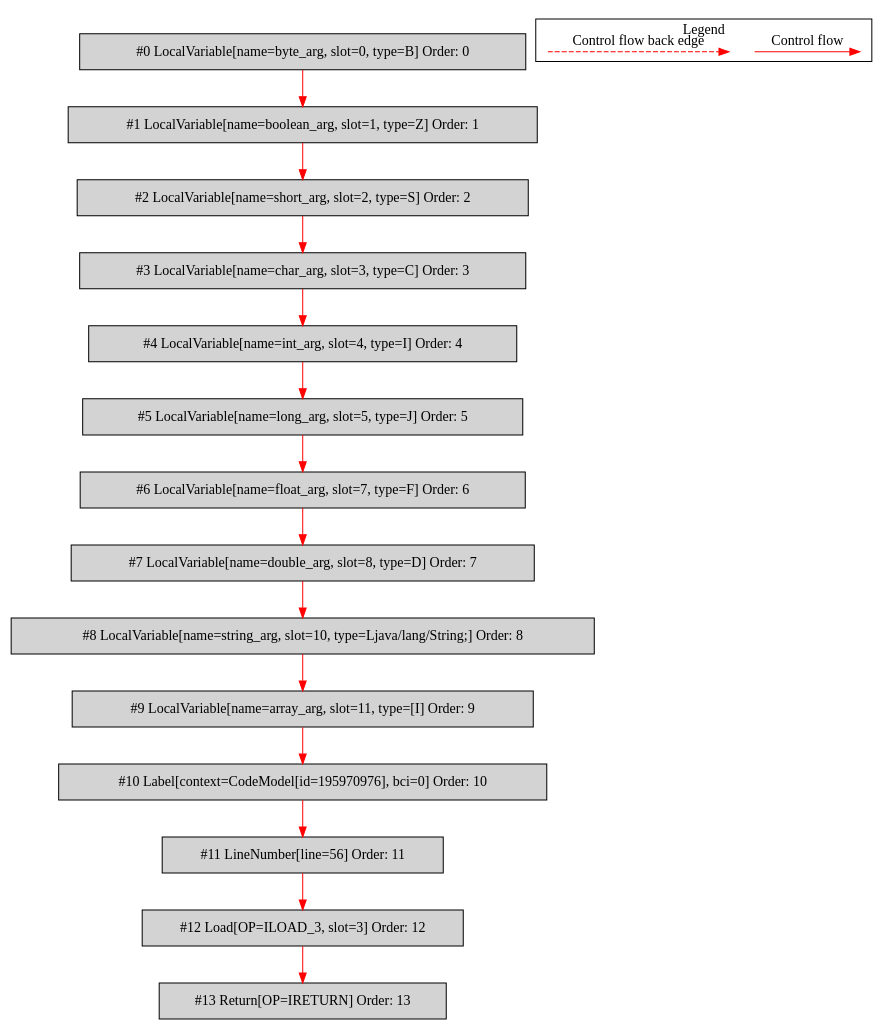
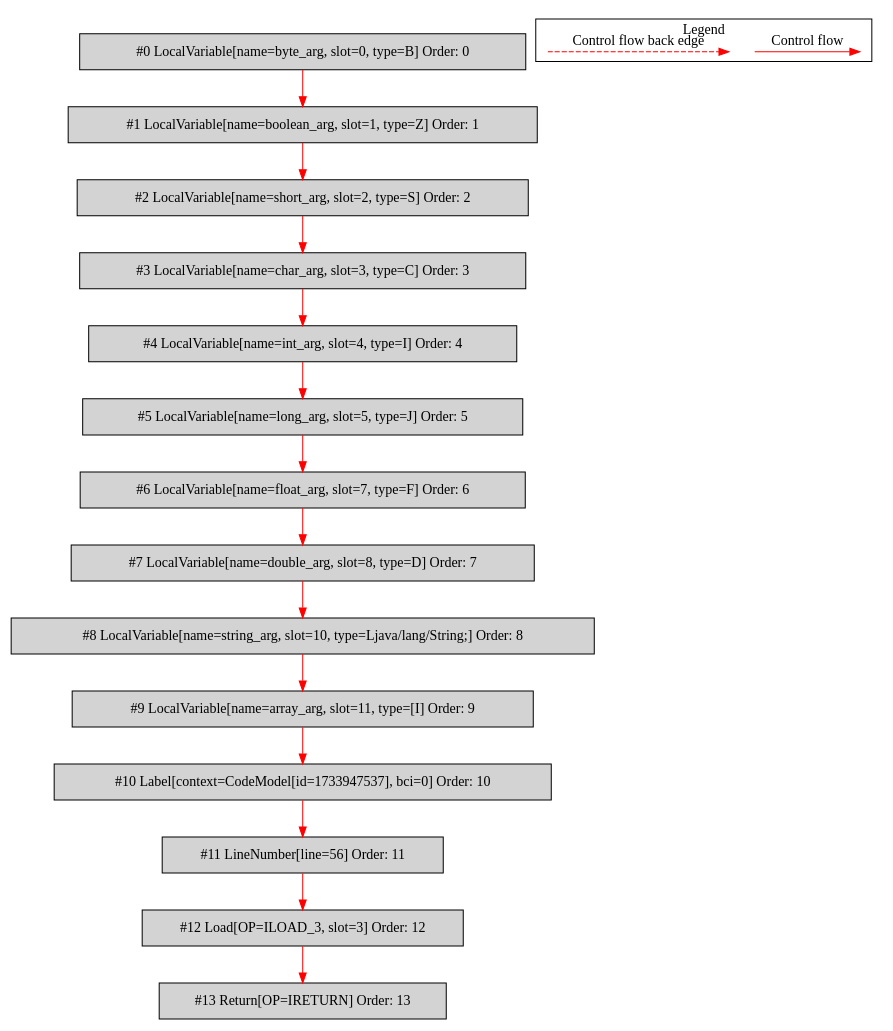
The diagram in de.mirkosertic.metair.ir.examples.MethodInvokeTest/simple_method_return_char/bytecodecfg.dot (mirkosertic/MetaIR), drawn with Graphviz before and after one commit. The commit also changed 462 other files, not shown here.

```diff
--- a/de.mirkosertic.metair.ir.examples.MethodInvokeTest/simple_method_return_char/bytecodecfg.dot
+++ b/de.mirkosertic.metair.ir.examples.MethodInvokeTest/simple_method_return_char/bytecodecfg.dot
@@ -1,44 +1,44 @@
 digraph {
  ordering="in";
  node0[label="#0 LocalVariable[name=byte_arg, slot=0, type=B] Order: 0", shape=box, fillcolor=lightgrey, style=filled];
  node1[label="#1 LocalVariable[name=boolean_arg, slot=1, type=Z] Order: 1", shape=box, fillcolor=lightgrey, style=filled];
  node2[label="#2 LocalVariable[name=short_arg, slot=2, type=S] Order: 2", shape=box, fillcolor=lightgrey, style=filled];
  node3[label="#3 LocalVariable[name=char_arg, slot=3, type=C] Order: 3", shape=box, fillcolor=lightgrey, style=filled];
  node4[label="#4 LocalVariable[name=int_arg, slot=4, type=I] Order: 4", shape=box, fillcolor=lightgrey, style=filled];
  node5[label="#5 LocalVariable[name=long_arg, slot=5, type=J] Order: 5", shape=box, fillcolor=lightgrey, style=filled];
  node6[label="#6 LocalVariable[name=float_arg, slot=7, type=F] Order: 6", shape=box, fillcolor=lightgrey, style=filled];
  node7[label="#7 LocalVariable[name=double_arg, slot=8, type=D] Order: 7", shape=box, fillcolor=lightgrey, style=filled];
  node8[label="#8 LocalVariable[name=string_arg, slot=10, type=Ljava/lang/String;] Order: 8", shape=box, fillcolor=lightgrey, style=filled];
  node9[label="#9 LocalVariable[name=array_arg, slot=11, type=[I] Order: 9", shape=box, fillcolor=lightgrey, style=filled];
- node10[label="#10 Label[context=CodeModel[id=195970976], bci=0] Order: 10", shape=box, fillcolor=lightgrey, style=filled];
+ node10[label="#10 Label[context=CodeModel[id=1733947537], bci=0] Order: 10", shape=box, fillcolor=lightgrey, style=filled];
  node11[label="#11 LineNumber[line=56] Order: 11", shape=box, fillcolor=lightgrey, style=filled];
  node12[label="#12 Load[OP=ILOAD_3, slot=3] Order: 12", shape=box, fillcolor=lightgrey, style=filled];
  node13[label="#13 Return[OP=IRETURN] Order: 13", shape=box, fillcolor=lightgrey, style=filled];
  node0 -> node1[color=red];
  node1 -> node2[color=red];
  node2 -> node3[color=red];
  node3 -> node4[color=red];
  node4 -> node5[color=red];
  node5 -> node6[color=red];
  node6 -> node7[color=red];
  node7 -> node8[color=red];
  node8 -> node9[color=red];
  node9 -> node10[color=red];
  node10 -> node11[color=red];
  node11 -> node12[color=red];
  node12 -> node13[color=red];
  subgraph cluster_000 {
   label = "Legend";
   node [shape=point]
   {
    rank=same;
    c0 [style = invis];
    c1 [style = invis];
    c2 [style = invis];
    c3 [style = invis];
   }
   c0 -> c1 [label="Control flow", style=solid, color=red]
   c2 -> c3 [label="Control flow back edge", style=dashed, color=red]
  }
 
 }
```
